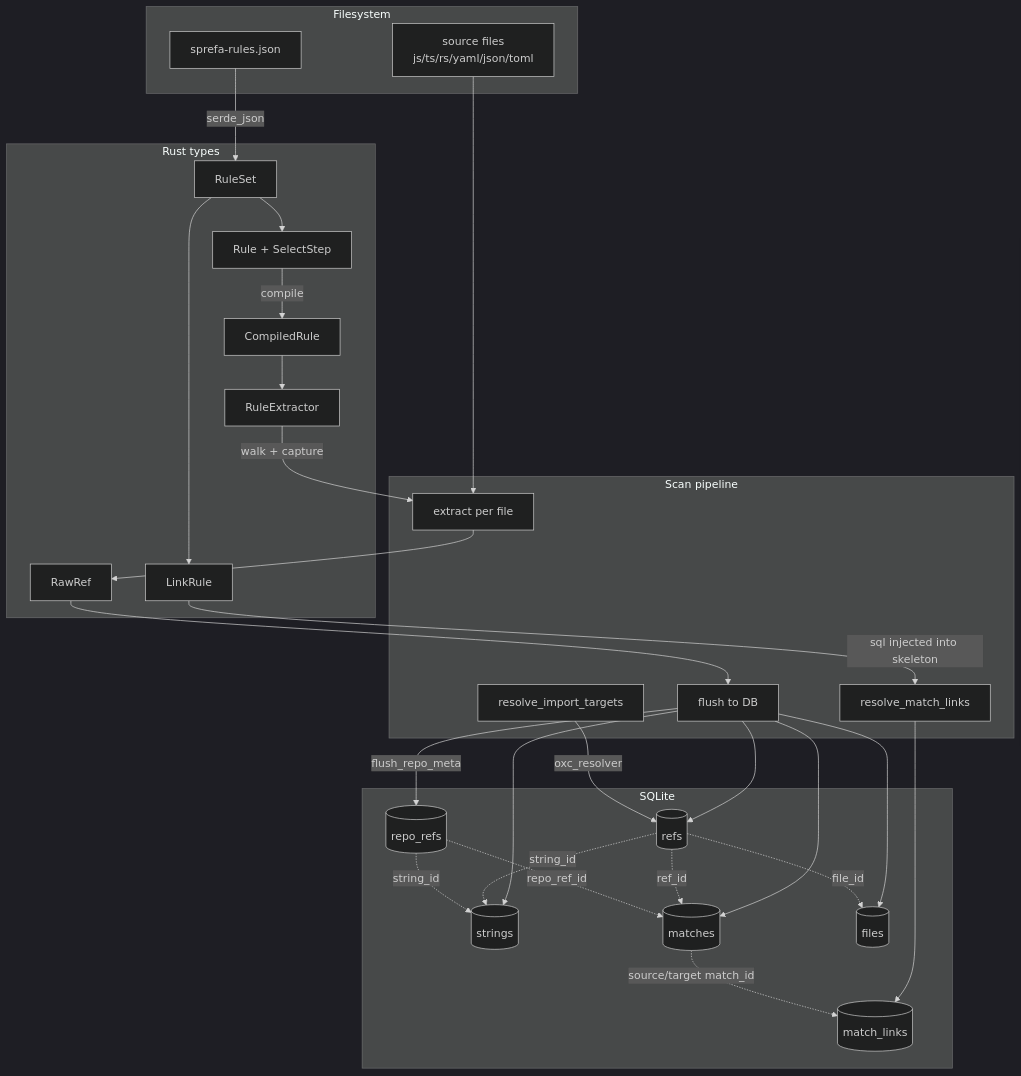
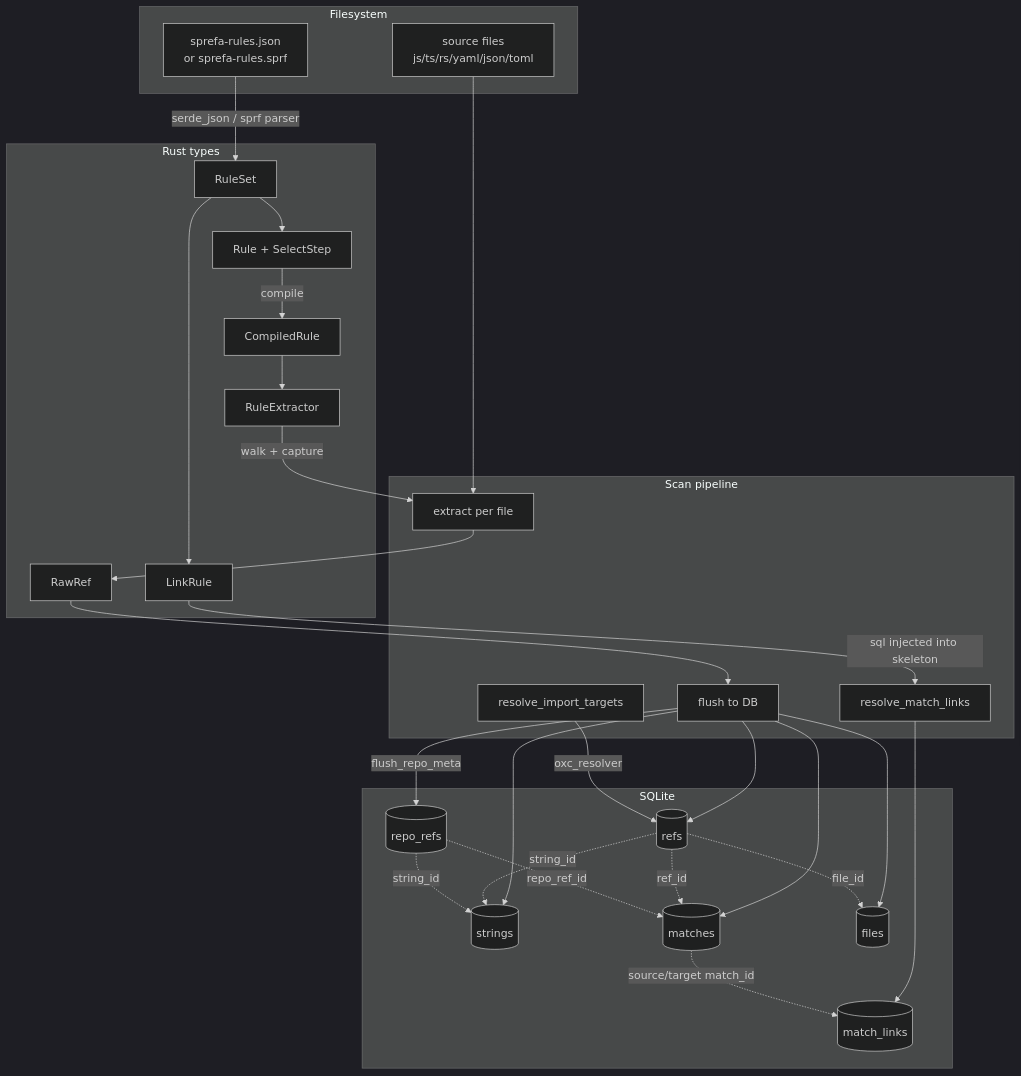
Before and after one commit to hafley66/sprefa: the diagram in README.md, drawn with Mermaid (dark theme). The commit also changed other lines of this file and 605 other files, not shown here.

````diff
--- a/README.md
+++ b/README.md
@@ -411,60 +530,60 @@
 ```mermaid
 graph TD
     subgraph FS["Filesystem"]
-        RF[sprefa-rules.json]
+        RF[sprefa-rules.json<br/>or sprefa-rules.sprf]
         SRC[source files<br/>js/ts/rs/yaml/json/toml]
     end
 
     subgraph RUST["Rust types"]
         RS[RuleSet]
         R[Rule + SelectStep]
         LR[LinkRule]
         CE[CompiledRule]
         RE[RuleExtractor]
         RR[RawRef]
     end
 
     subgraph SCAN["Scan pipeline"]
         EX[extract per file]
         FL[flush to DB]
         RIT[resolve_import_targets]
         RML[resolve_match_links]
     end
 
     subgraph DB["SQLite"]
         STR[(strings)]
         REF[(refs)]
         RRF[(repo_refs)]
         MAT[(matches)]
         ML[(match_links)]
         FIL[(files)]
     end
 
-    RF -->|serde_json| RS
+    RF -->|serde_json / sprf parser| RS
     RS --> R
     RS --> LR
     R -->|compile| CE
     CE --> RE
 
     SRC --> EX
     RE -->|walk + capture| EX
     EX --> RR
     RR --> FL
 
     FL --> STR
     FL --> REF
     FL --> MAT
     FL --> FIL
     FL -->|flush_repo_meta| RRF
 
     RIT -->|oxc_resolver| REF
     LR -->|sql injected into skeleton| RML
     RML --> ML
 
     REF -.->|ref_id| MAT
     RRF -.->|repo_ref_id| MAT
     MAT -.->|source/target match_id| ML
     REF -.->|string_id| STR
     RRF -.->|string_id| STR
     REF -.->|file_id| FIL
 ```
````
